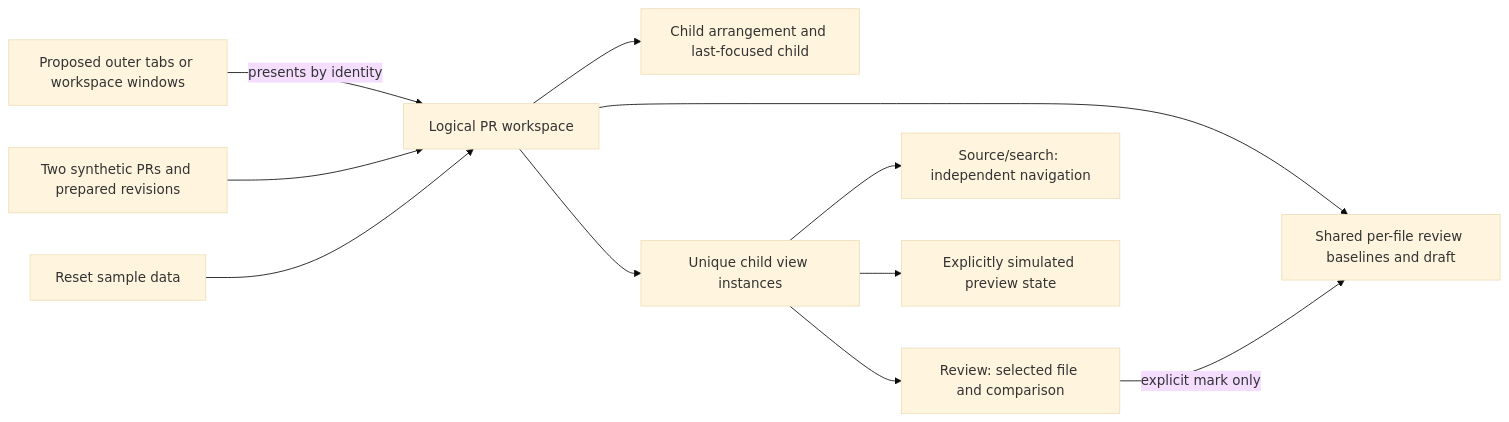
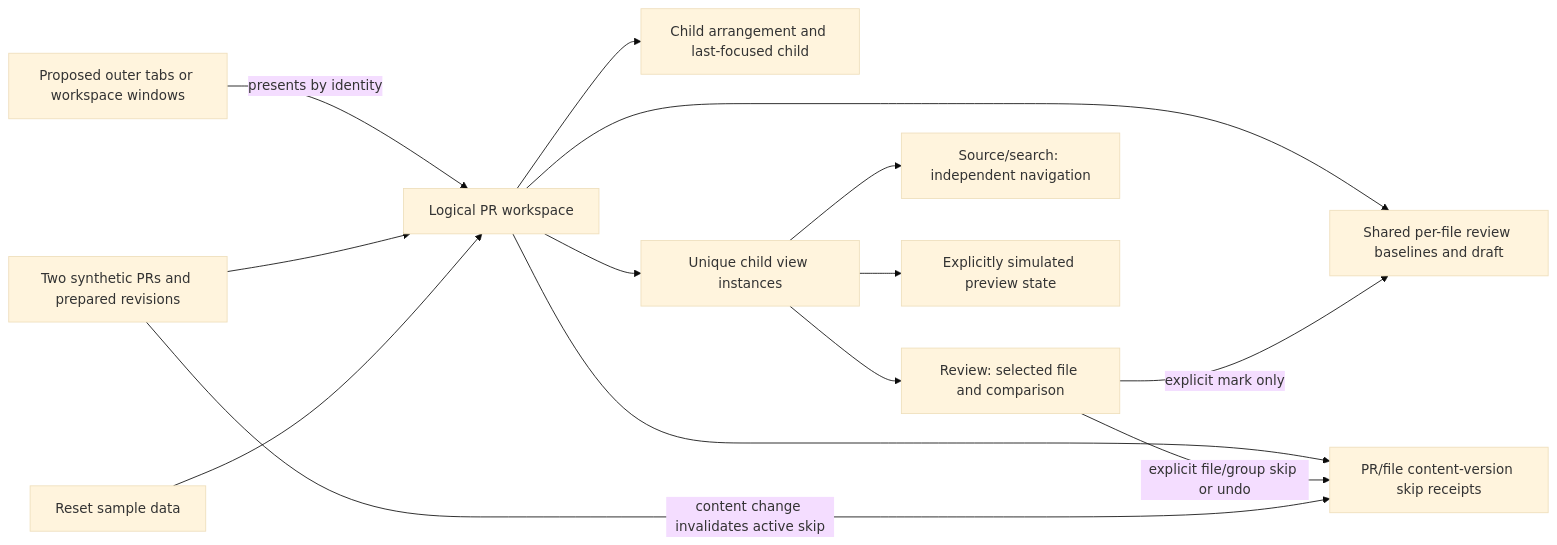
Before and after one commit to kyleve/Stuff: the diagram in Plans/2026-11-14-mobius/01a-workspace-prototype.md, drawn with Mermaid (base theme). The commit also changed other lines of this file, not shown here.

Commit message:
docs(Mobius): prepare grouped comparisons and skip state

````diff
--- a/Plans/2026-11-14-mobius/01a-workspace-prototype.md
+++ b/Plans/2026-11-14-mobius/01a-workspace-prototype.md
@@ -88,13 +116,16 @@
 ```mermaid
 flowchart LR
     Shell["Proposed outer tabs or workspace windows"] -->|presents by identity| Workspace["Logical PR workspace"]
     Workspace --> Progress["Shared per-file review baselines and draft"]
+    Workspace --> Skips["PR/file content-version skip receipts"]
     Workspace --> Placement["Child arrangement and last-focused child"]
     Workspace --> Children["Unique child view instances"]
     Children --> Review["Review: selected file and comparison"]
     Children --> Research["Source/search: independent navigation"]
     Children --> Preview["Explicitly simulated preview state"]
     Review -->|explicit mark only| Progress
+    Review -->|explicit file/group skip or undo| Skips
+    Fixtures -->|content change invalidates active skip| Skips
     Fixtures["Two synthetic PRs and prepared revisions"] --> Workspace
     Reset["Reset sample data"] --> Workspace
 ```
````
